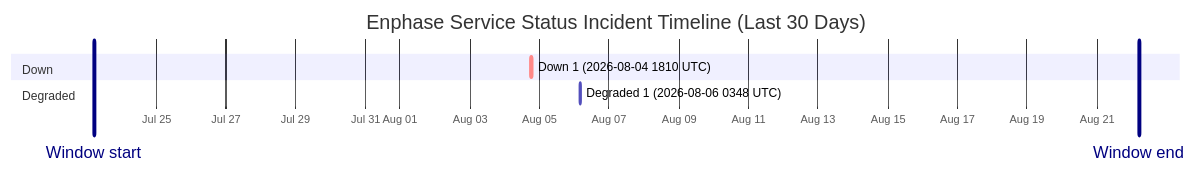
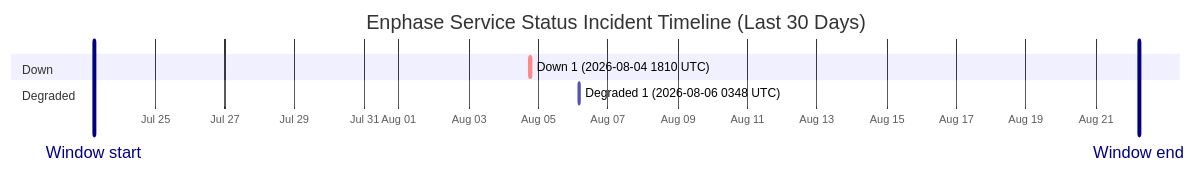
The diagram in wiki/Service-Status-History.md (barneyonline/ha-enphase-energy), drawn with Mermaid before and after one commit. The commit also changed other lines of this file and 3 other files, not shown here.

````diff
--- a/wiki/Service-Status-History.md
+++ b/wiki/Service-Status-History.md
@@ -14,12 +14,12 @@
 ```mermaid
 gantt
     title Enphase Service Status Incident Timeline (Last 30 Days)
     dateFormat  YYYY-MM-DDTHH:mm:ss
     axisFormat  %b %d
-    Window start :vert, window-start, 2026-07-23T05:01:26, 0ms
-    Window end :vert, window-end, 2026-08-22T05:01:26, 0ms
+    Window start :vert, window-start, 2026-07-23T05:52:26, 0ms
+    Window end :vert, window-end, 2026-08-22T05:52:26, 0ms
     section Down
     Down 1 (2026-08-04 1810 UTC) :crit, down-1, 2026-08-04T18:10:46, 60m
     section Degraded
     Degraded 1 (2026-08-06 0348 UTC) :active, degraded-1, 2026-08-06T03:48:14, 60m
 ```
````
